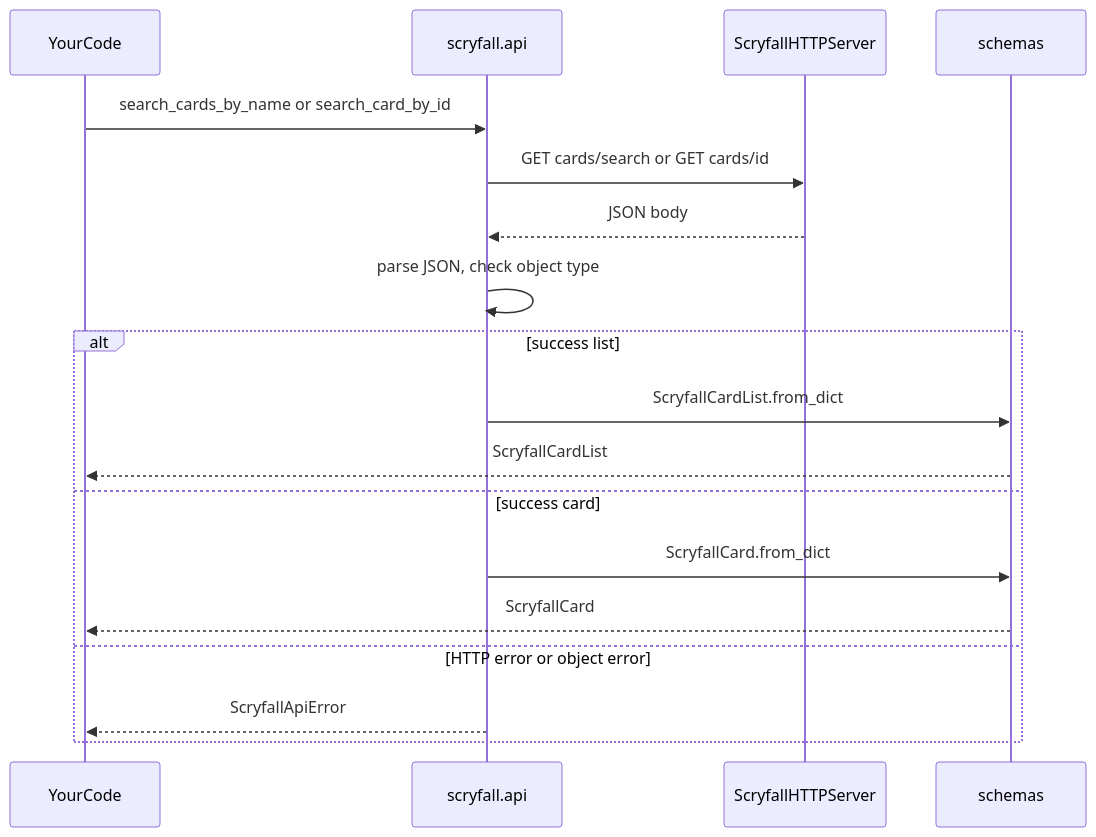
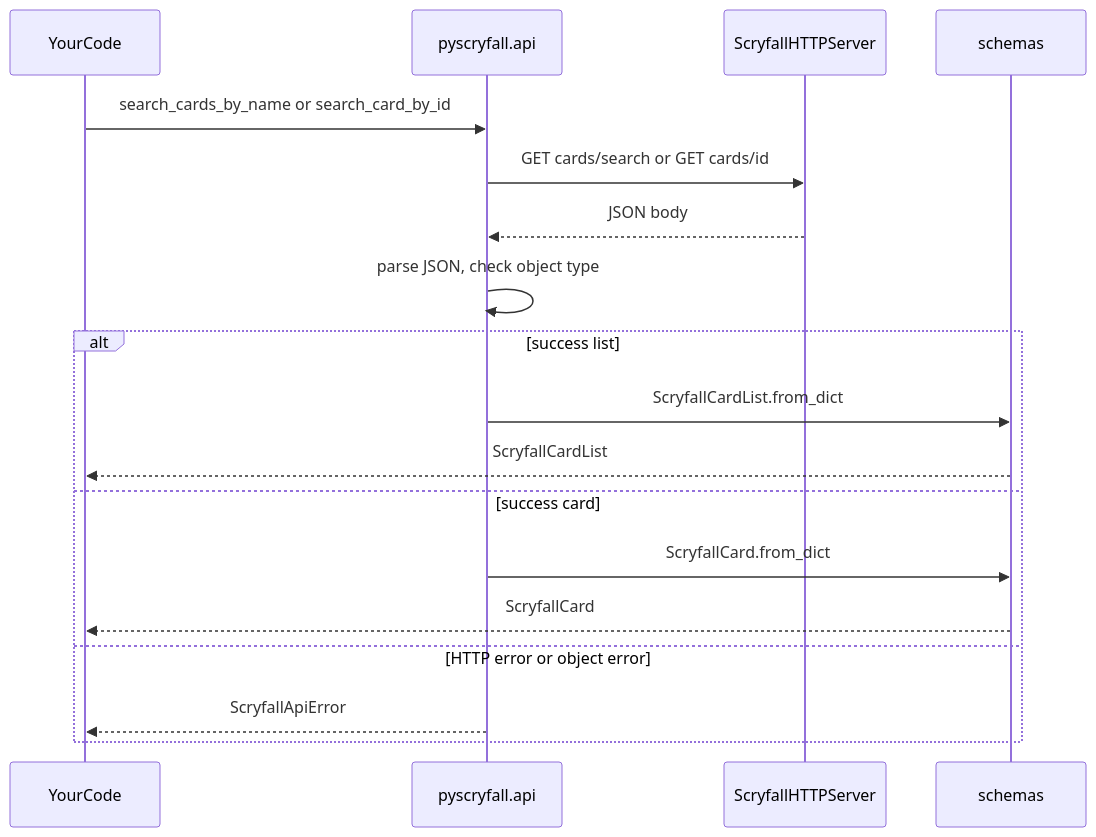
Before and after one commit to mcaimi/pyscryfall: the second of 3 diagrams in README.md, drawn with Mermaid. The commit also changed other lines of this file and 1 other file, not shown here.

````diff
--- a/README.md
+++ b/README.md
@@ -55,21 +63,21 @@
 ```mermaid
 sequenceDiagram
     participant App as YourCode
-    participant API as scryfall.api
+    participant API as pyscryfall.api
     participant HTTP as ScryfallHTTPServer
     participant Sch as schemas
 
     App->>API: search_cards_by_name or search_card_by_id
     API->>HTTP: GET cards/search or GET cards/id
     HTTP-->>API: JSON body
     API->>API: parse JSON, check object type
     alt success list
         API->>Sch: ScryfallCardList.from_dict
         Sch-->>App: ScryfallCardList
     else success card
         API->>Sch: ScryfallCard.from_dict
         Sch-->>App: ScryfallCard
     else HTTP error or object error
         API-->>App: ScryfallApiError
     end
 ```
````
